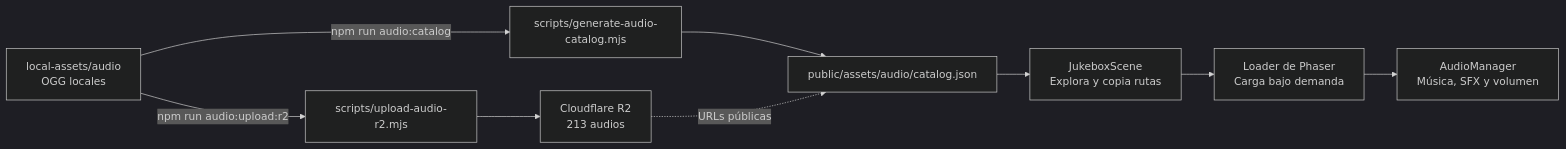
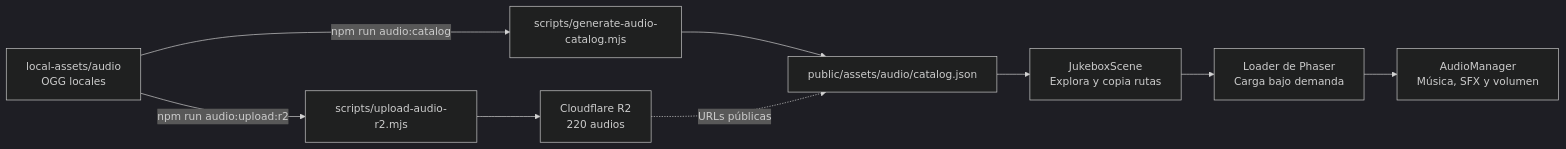
One commit to marianoluzza/phaser changed the fifth of 5 diagrams in README.md. Above: the diagram before and after it, drawn with Mermaid (dark theme). The commit also changed 13 other files, not shown here.

````diff
--- a/README.md
+++ b/README.md
@@ -281,20 +281,20 @@
 ```mermaid
 flowchart LR
     Packs["local-assets/audio<br/>OGG locales"]
-    R2["Cloudflare R2<br/>213 audios"]
+    R2["Cloudflare R2<br/>220 audios"]
     Upload["scripts/upload-audio-r2.mjs"]
     Script["scripts/generate-audio-catalog.mjs"]
     Json["public/assets/audio/catalog.json"]
     Jukebox["JukeboxScene<br/>Explora y copia rutas"]
     Loader["Loader de Phaser<br/>Carga bajo demanda"]
     Audio["AudioManager<br/>Música, SFX y volumen"]
 
     Packs -->|"npm run audio:upload:r2"| Upload
     Upload --> R2
     Packs -->|"npm run audio:catalog"| Script
     Script --> Json
     R2 -. "URLs públicas" .-> Json
     Json --> Jukebox
     Jukebox --> Loader
     Loader --> Audio
 ```
````
